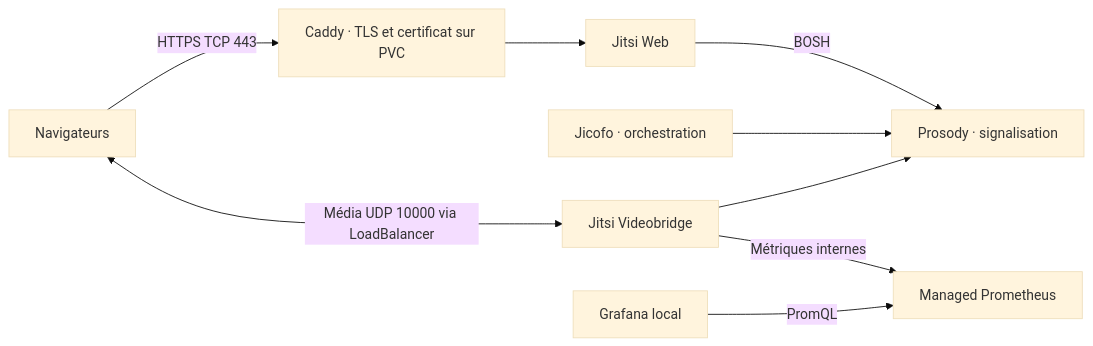
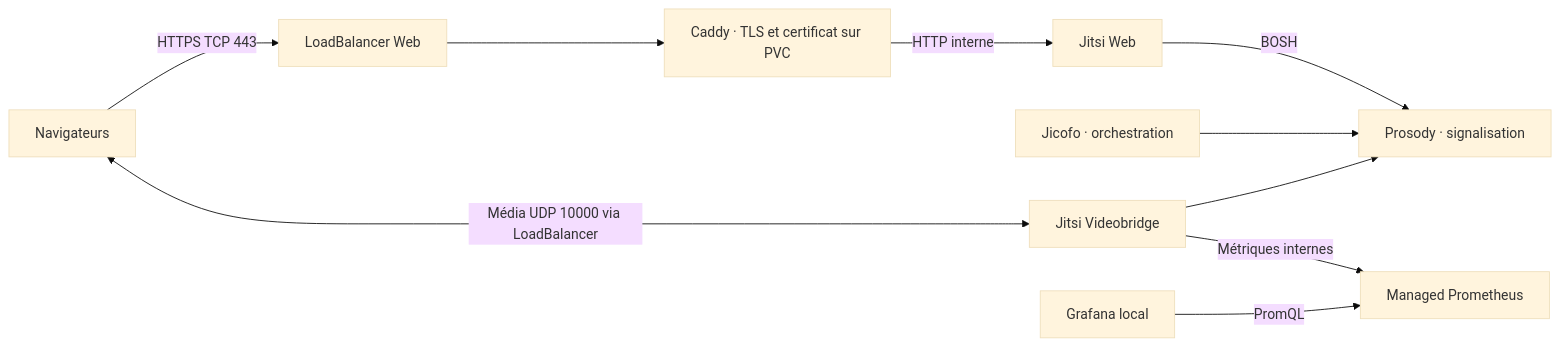
The diagram in README.md (SaminouA/projet-jitsi-helm), drawn with Mermaid (base theme) before and after one commit. The commit also changed other lines of this file and 1 other file, not shown here.

````diff
--- a/README.md
+++ b/README.md
@@ -7,11 +7,12 @@
 ```mermaid
 flowchart LR
-    B[Navigateurs] -->|HTTPS TCP 443| C[Caddy · TLS et certificat sur PVC]
-    C --> W[Jitsi Web]
+    B[Navigateurs] -->|HTTPS TCP 443| L[LoadBalancer Web]
+    L --> C[Caddy · TLS et certificat sur PVC]
+    C -->|HTTP interne| W[Jitsi Web]
     W -->|BOSH| P[Prosody · signalisation]
     J[Jicofo · orchestration] --> P
     V[Jitsi Videobridge] --> P
     B <-->|Média UDP 10000 via LoadBalancer| V
     V -->|Métriques internes| M[Managed Prometheus]
     G[Grafana local] -->|PromQL| M
 ```
````
